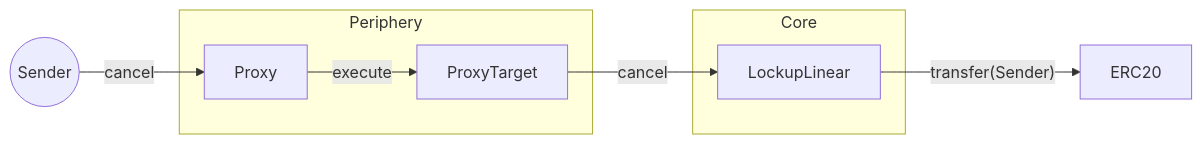
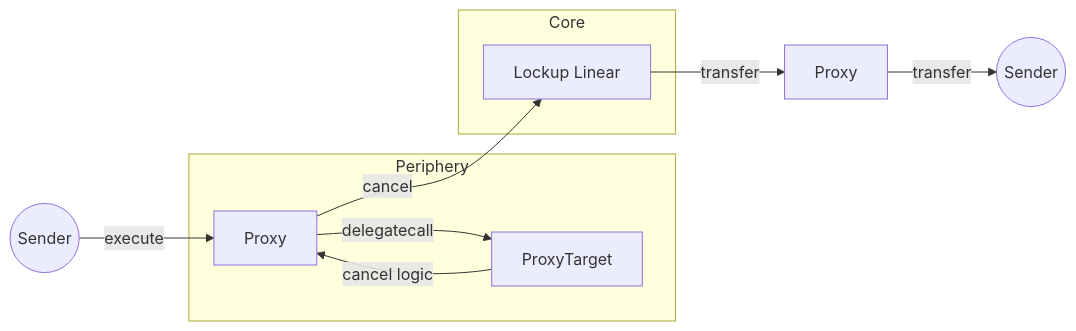
Before and after one commit to sablier-labs/docs: the seventh of 8 diagrams in docs/contracts/v2/reference/02-diagrams.md, drawn with Mermaid. The commit also changed other lines of this file, not shown here.

First line of the commit message:
Improve diagrams  (#67)

````diff
--- a/docs/contracts/v2/reference/02-diagrams.md
+++ b/docs/contracts/v2/reference/02-diagrams.md
@@ -159,16 +169,20 @@
 ```mermaid
 flowchart LR
   S((Sender))
   subgraph Periphery
     P[Proxy]
     PT[ProxyTarget]
   end
   subgraph Core
-    LL[LockupLinear]
+    LL[Lockup Linear]
   end
-  E[ERC20]
-  S -- "cancel" --> P
-  P -- "execute" --> PT
-  PT -- "cancel" --> LL
-  LL -- "transfer(Sender)" --> E
+  PEnd[Proxy]
+  SEnd((Sender))
+
+  S -- "execute" --> P
+  P -- "delegatecall" --> PT
+  PT -- "cancel logic" --> P
+  P -- "cancel" --> LL
+  LL -- "transfer" --> PEnd
+  PEnd -- "transfer" --> SEnd
 ```
````
